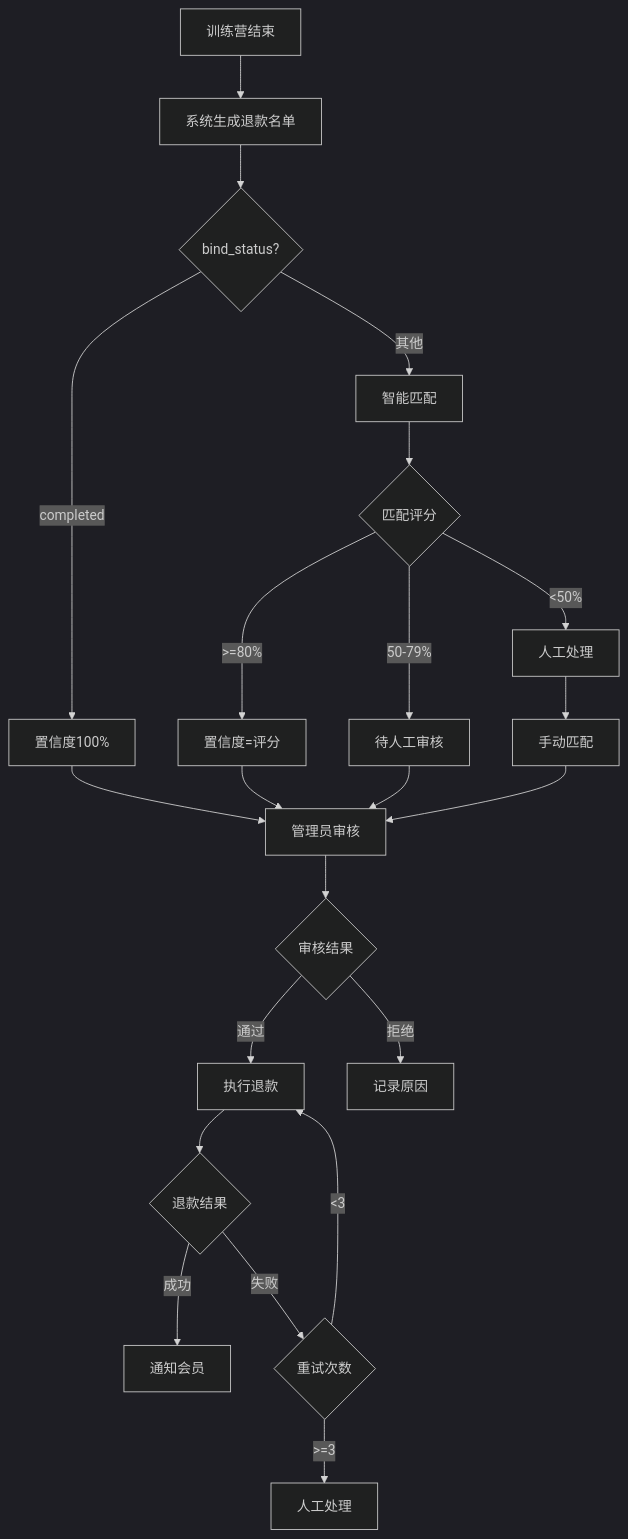
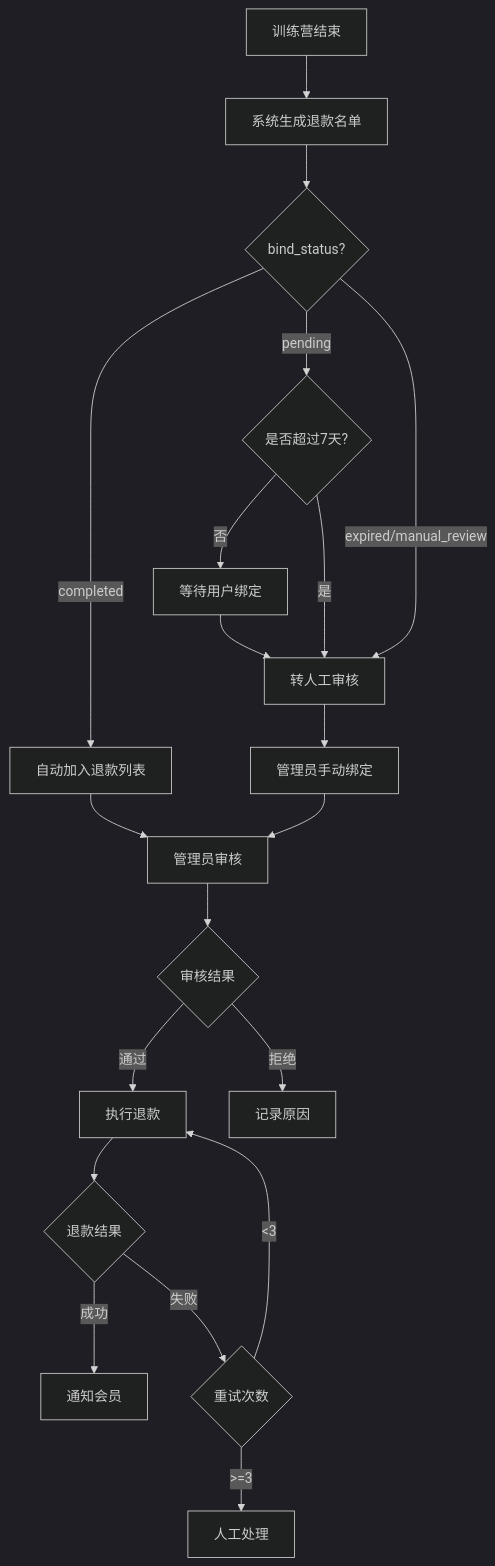
One commit to yiancode/AutoDepositRefundAgent changed the second of 3 diagrams in docs/v1/api/接口文档.md. Above: the diagram before and after it, drawn with Mermaid (dark theme). The commit also changed other lines of this file and 19 other files, not shown here.

````diff
--- a/docs/v1/api/接口文档.md
+++ b/docs/v1/api/接口文档.md
@@ -3374,27 +3374,25 @@
 ```mermaid
 flowchart TD
     A[训练营结束] --> B[系统生成退款名单]
     B --> C{bind_status?}
-    C -->|completed| D[置信度100%]
-    C -->|其他| E[智能匹配]
-    E --> F{匹配评分}
-    F -->|>=80%| G[置信度=评分]
-    F -->|50-79%| H[待人工审核]
-    F -->|<50%| I[人工处理]
+    C -->|completed| D[自动加入退款列表]
+    C -->|pending| E{是否超过7天?}
+    E -->|否| F[等待用户绑定]
+    E -->|是| G[转人工审核]
+    C -->|expired/manual_review| G
+    F --> G
 
     D --> J[管理员审核]
-    G --> J
+    G --> H[管理员手动绑定]
     H --> J
-    I --> K[手动匹配]
-    K --> J
 
     J --> L{审核结果}
     L -->|通过| M[执行退款]
     L -->|拒绝| N[记录原因]
 
     M --> O{退款结果}
     O -->|成功| P[通知会员]
     O -->|失败| Q{重试次数}
     Q -->|<3| M
     Q -->|>=3| R[人工处理]
 ```
````
